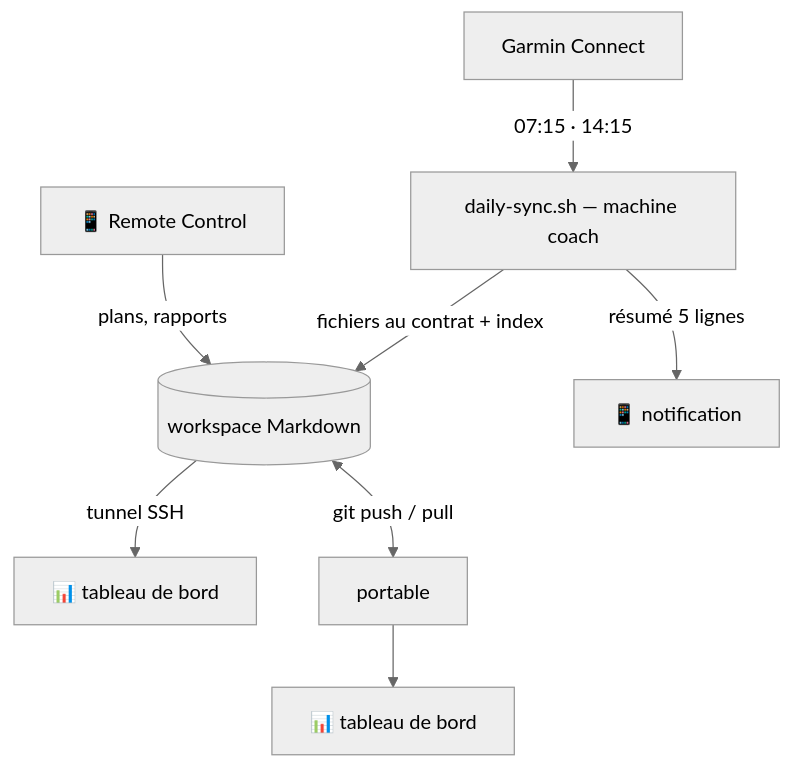
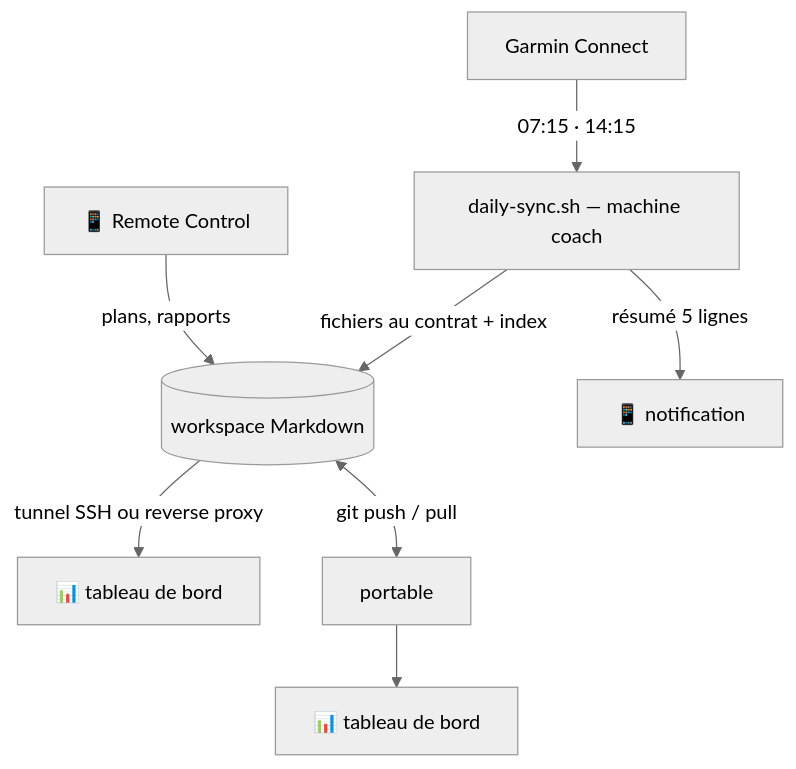
The diagram in docs/dashboard/headless.md (mmornati/ai-running-coach), drawn with Mermaid (neutral theme) before and after one commit. The commit also changed other lines of this file and 17 other files, not shown here.

First line of the commit message:
feat: tableau de bord en conteneur Docker, derrière un reverse proxy authentifié

````diff
--- a/docs/dashboard/headless.md
+++ b/docs/dashboard/headless.md
@@ -13,10 +13,10 @@
 ```mermaid
 flowchart TB
     G[Garmin Connect] -->|07:15 · 14:15| S[daily-sync.sh — machine coach]
     R[📱 Remote Control] -->|plans, rapports| W
     S -->|fichiers au contrat + index| W[(workspace Markdown)]
     S -->|résumé 5 lignes| T[📱 notification]
-    W -->|tunnel SSH| B[📊 tableau de bord]
+    W -->|tunnel SSH ou reverse proxy| B[📊 tableau de bord]
     W <-->|git push / pull| L[portable]
     L --> B2[📊 tableau de bord]
 ```
````
